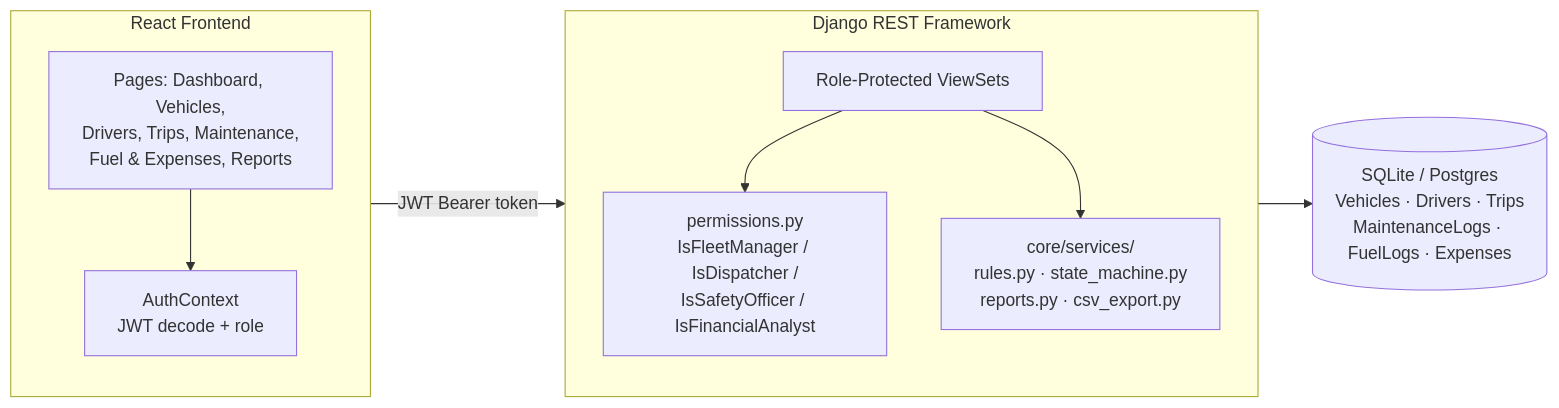
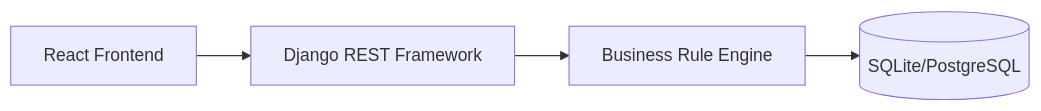
The diagram in README.md (ChandraHasyatha/transitops-odoo), drawn with Mermaid before and after one commit. The commit also changed other lines of this file, not shown here.

````diff
--- a/README.md
+++ b/README.md
@@ -98,30 +116,12 @@
 ```mermaid
 flowchart LR
-    subgraph Client["React Frontend"]
-        UI["Pages: Dashboard, Vehicles,
-Drivers, Trips, Maintenance,
-Fuel & Expenses, Reports"]
-        Auth["AuthContext
-JWT decode + role"]
-        UI --> Auth
-    end
 
-    subgraph API["Django REST Framework"]
-        Views["Role-Protected ViewSets"]
-        Perms["permissions.py
-IsFleetManager / IsDispatcher /
-IsSafetyOfficer / IsFinancialAnalyst"]
-        Services["core/services/
-rules.py · state_machine.py
-reports.py · csv_export.py"]
-        Views --> Perms
-        Views --> Services
-    end
+Client["React Frontend"]
+API["Django REST Framework"]
+Services["Business Rule Engine"]
+DB[("SQLite/PostgreSQL")]
 
-    DB[("SQLite / Postgres
-Vehicles · Drivers · Trips
-MaintenanceLogs · FuelLogs · Expenses")]
-
-    Client -- "JWT Bearer token" --> API
-    API --> DB
+Client --> API
+API --> Services
+Services --> DB
 ```
````
